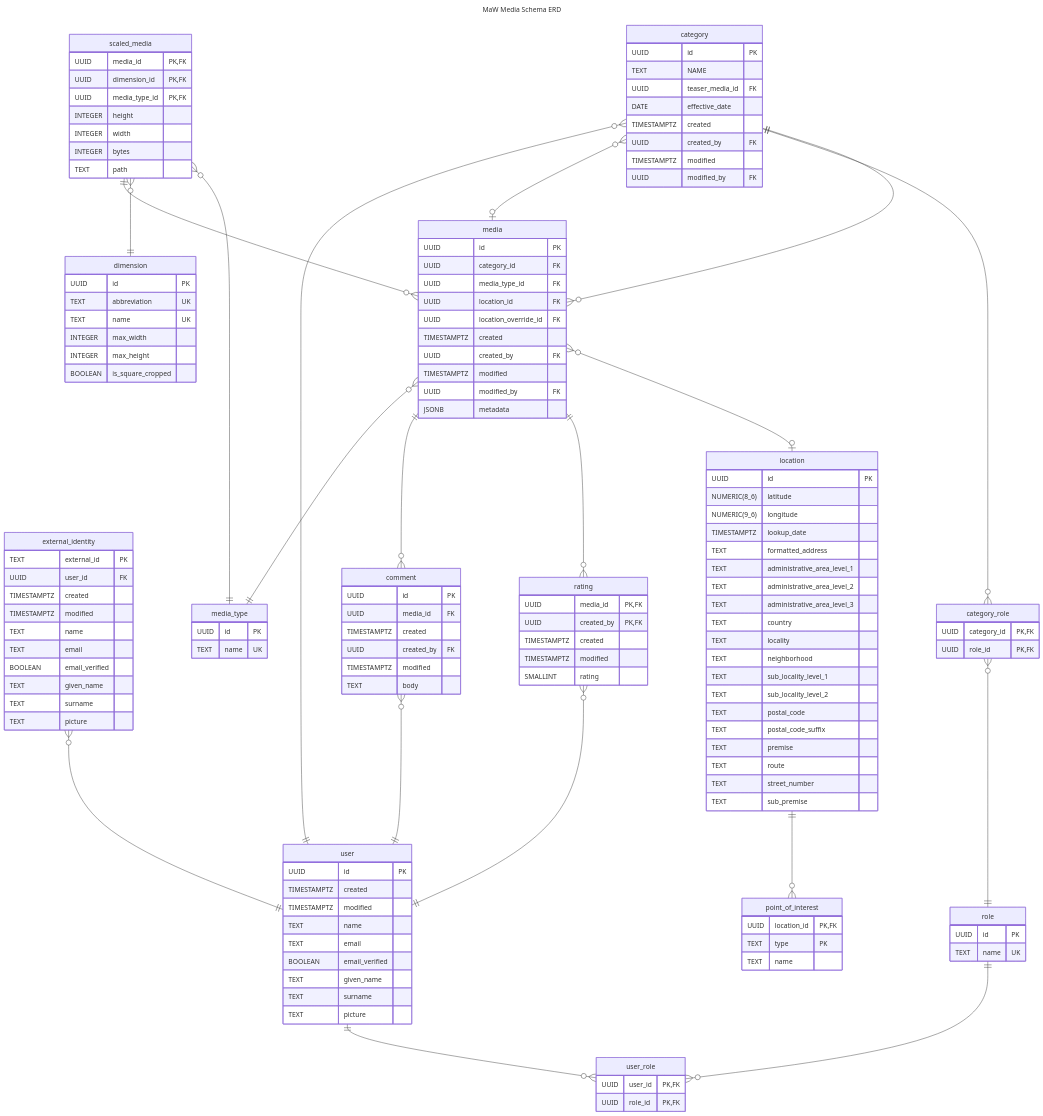
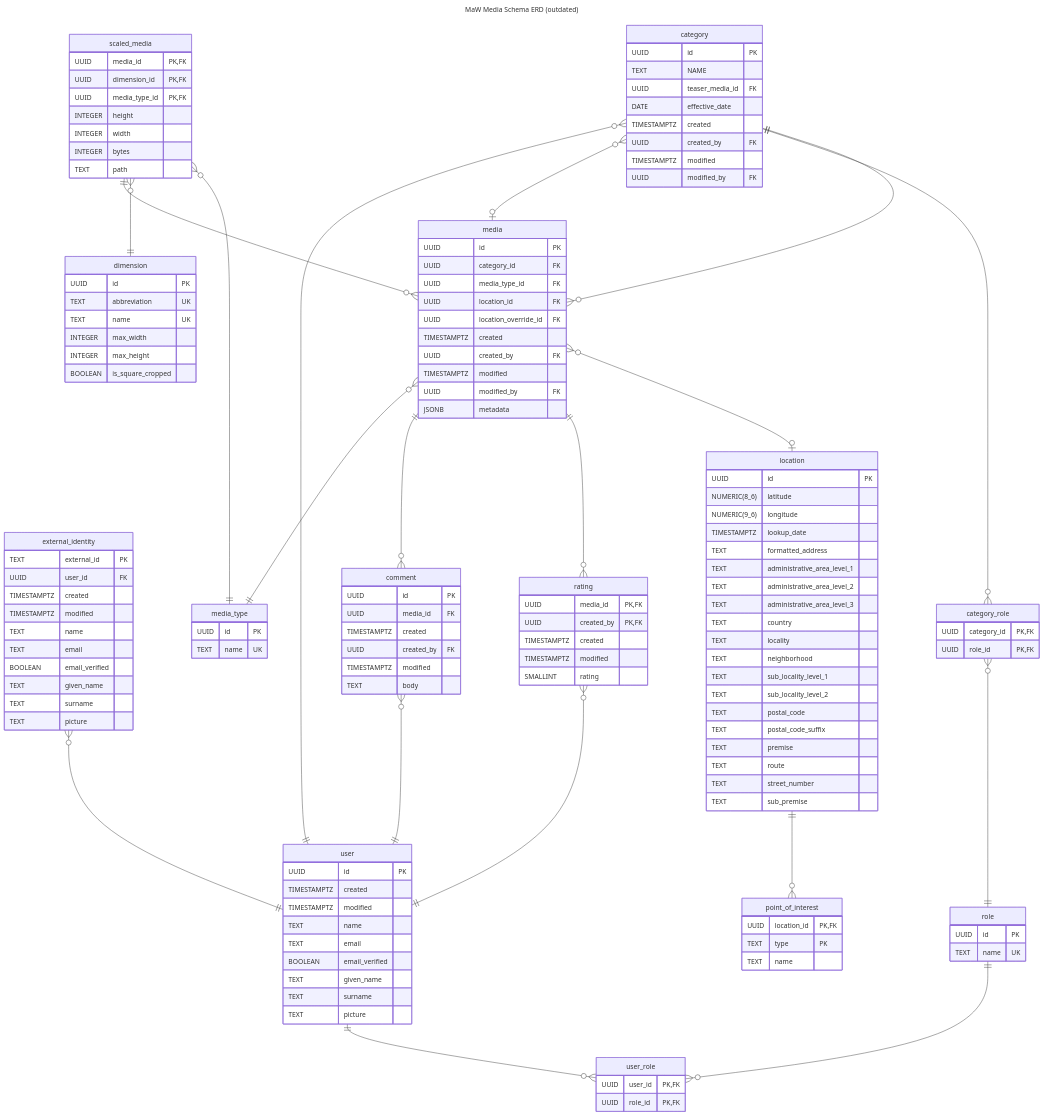
Before and after one commit to AerisG222/maw-media: the diagram in src/db-postgres/design.mmd, drawn with Mermaid. The commit also changed 7 other files, not shown here.

```diff
--- a/src/db-postgres/design.mmd
+++ b/src/db-postgres/design.mmd
@@ -1,170 +1,170 @@
 ---
-title: MaW Media Schema ERD
+title: MaW Media Schema ERD (outdated)
 ---
 erDiagram
     %% external_id = nameidentifier
     external_identity {
         TEXT external_id PK
         UUID user_id FK
         TIMESTAMPTZ created
         TIMESTAMPTZ modified
         TEXT name
         TEXT email
         BOOLEAN email_verified
         TEXT given_name
         TEXT surname
         TEXT picture
     }
 
     user {
         UUID id PK
         TIMESTAMPTZ created
         TIMESTAMPTZ modified
         TEXT name
         TEXT email
         BOOLEAN email_verified
         TEXT given_name
         TEXT surname
         TEXT picture
     }
 
     role {
         UUID id PK
         TEXT name UK
     }
 
     user_role {
         UUID user_id PK, FK
         UUID role_id PK, FK
     }
 
     category {
         UUID id PK
         TEXT NAME
         UUID teaser_media_id FK
         DATE effective_date
         TIMESTAMPTZ created
         UUID created_by FK
         TIMESTAMPTZ modified
         UUID modified_by FK
     }
 
     category_role {
         UUID category_id PK, FK
         UUID role_id PK, FK
     }
 
     media_type {
         UUID id PK
         TEXT name UK
     }
 
     media {
         UUID id PK
         UUID category_id FK
         UUID media_type_id FK
         UUID location_id FK
         UUID location_override_id FK
         TIMESTAMPTZ created
         UUID created_by FK
         TIMESTAMPTZ modified
         UUID modified_by FK
         JSONB metadata
     }
 
     location {
         UUID id PK
         NUMERIC(8_6) latitude
         NUMERIC(9_6) longitude
         TIMESTAMPTZ lookup_date
         TEXT formatted_address
         TEXT administrative_area_level_1
         TEXT administrative_area_level_2
         TEXT administrative_area_level_3
         TEXT country
         TEXT locality
         TEXT neighborhood
         TEXT sub_locality_level_1
         TEXT sub_locality_level_2
         TEXT postal_code
         TEXT postal_code_suffix
         TEXT premise
         TEXT route
         TEXT street_number
         TEXT sub_premise
     }
 
     point_of_interest {
         UUID location_id PK, FK
         TEXT type PK
         TEXT name
     }
 
     %% qqvg    ( 160 x  120)
     %% qvg     ( 320 x  240)
     %% nhd     ( 640 x  360)
     %% hd      (1280 x  720)
     %% full_hd (1920 x 1080)
     %% qhd     (2560 x 1440)
     %% 4k      (3840 x 2160)
     %% 5k      (5120 x 2880)  - skip for now
     %% 8k      (7680 × 4320)  - skip for now
     %% src     ?
     dimension {
         UUID id PK
         TEXT abbreviation UK
         TEXT name UK
         INTEGER max_width
         INTEGER max_height
         BOOLEAN is_square_cropped
     }
 
     scaled_media {
         UUID media_id PK, FK
         UUID dimension_id PK, FK
         UUID media_type_id PK, FK
         INTEGER height
         INTEGER width
         INTEGER bytes
         TEXT path
     }
 
     comment {
         UUID id PK
         UUID media_id FK
         TIMESTAMPTZ created
         UUID created_by FK
         TIMESTAMPTZ modified
         TEXT body
     }
 
     rating {
         UUID media_id PK, FK
         UUID created_by PK, FK
         TIMESTAMPTZ created
         TIMESTAMPTZ modified
         SMALLINT rating
     }
 
     external_identity }o--|| user : ""
     user ||--o{ user_role : ""
     role ||--o{ user_role : ""
 
     category }o--|| user : ""
     category }o--o| media : ""
     category ||--o{ category_role : ""
     category_role }o--|| role : ""
 
     media }o--|| category : ""
     media }o--|| media_type : ""
     media ||--o{ comment: ""
     media ||--o{ rating: ""
     media }o--o| location : ""
 
     location ||--o{ point_of_interest : ""
     comment }o--|| user : ""
     rating }o--|| user : ""
 
     scaled_media ||--o{ media : ""
     scaled_media }o--|| dimension : ""
     scaled_media }o--|| media_type : ""
```
